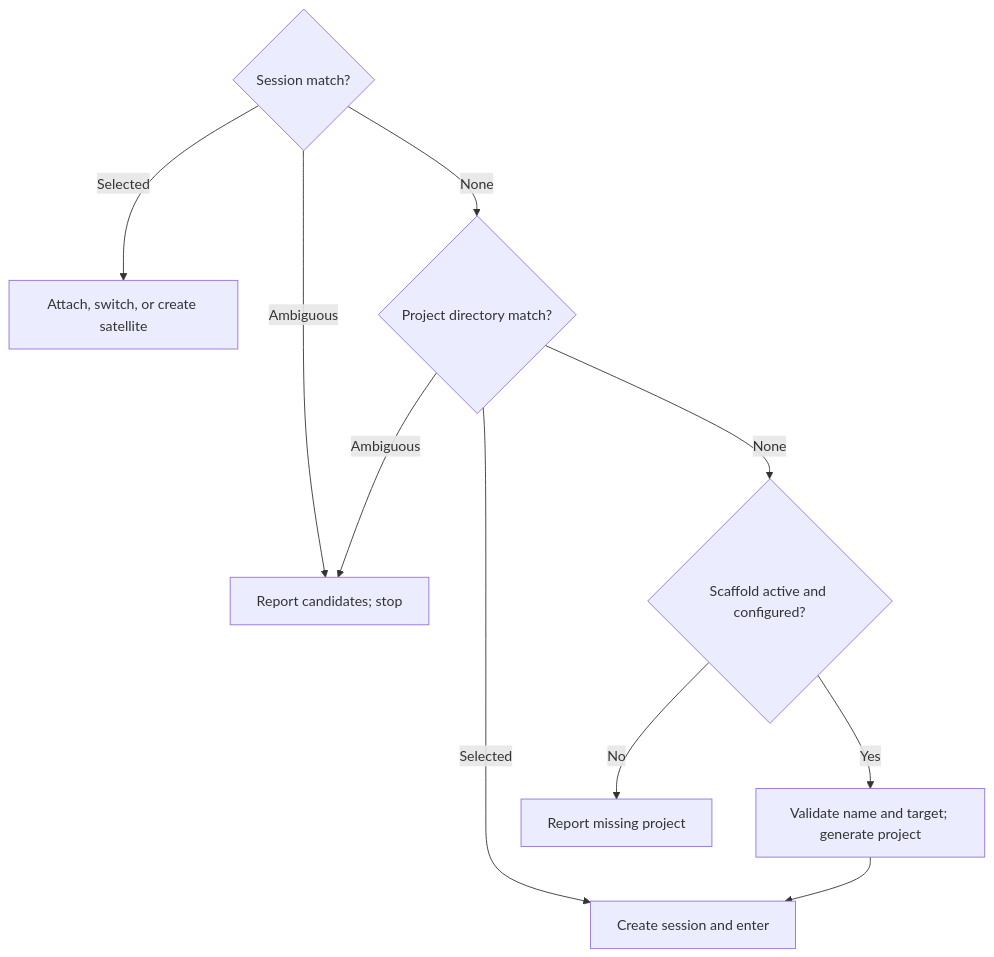
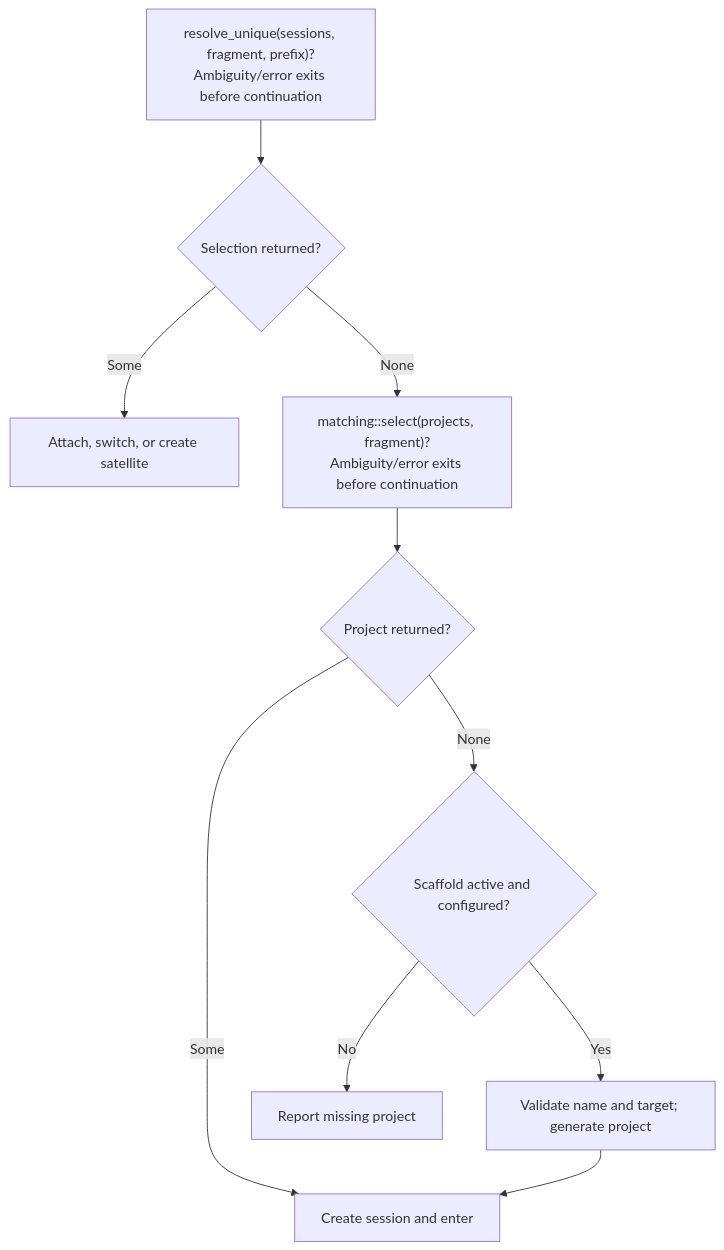
Before and after one commit to rektide/tta: the second of 2 diagrams in README.md, drawn with Mermaid. The commit also changed other lines of this file and 8 other files, not shown here.

````diff
--- a/README.md
+++ b/README.md
@@ -380,12 +404,12 @@
 ```mermaid
 flowchart TD
-    sessionMatch{"Session match?"} -->|Selected| enterSession["Attach, switch, or create satellite"]
-    sessionMatch -->|Ambiguous| stopResolution["Report candidates; stop"]
-    sessionMatch -->|None| projectMatch{"Project directory match?"}
-    projectMatch -->|Selected| createSession["Create session and enter"]
-    projectMatch -->|Ambiguous| stopResolution
+    resolveUnique["resolve_unique(sessions, fragment, prefix)?<br/>Ambiguity/error exits before continuation"] --> sessionMatch{"Selection returned?"}
+    sessionMatch -->|Some| enterSession["Attach, switch, or create satellite"]
+    sessionMatch -->|None| resolveProject["matching::select(projects, fragment)?<br/>Ambiguity/error exits before continuation"]
+    resolveProject --> projectMatch{"Project returned?"}
+    projectMatch -->|Some| createSession["Create session and enter"]
     projectMatch -->|None| generatorReady{"Scaffold active and configured?"}
     generatorReady -->|Yes| generateProject["Validate name and target; generate project"]
     generateProject --> createSession
     generatorReady -->|No| missingProject["Report missing project"]
 ```
````
